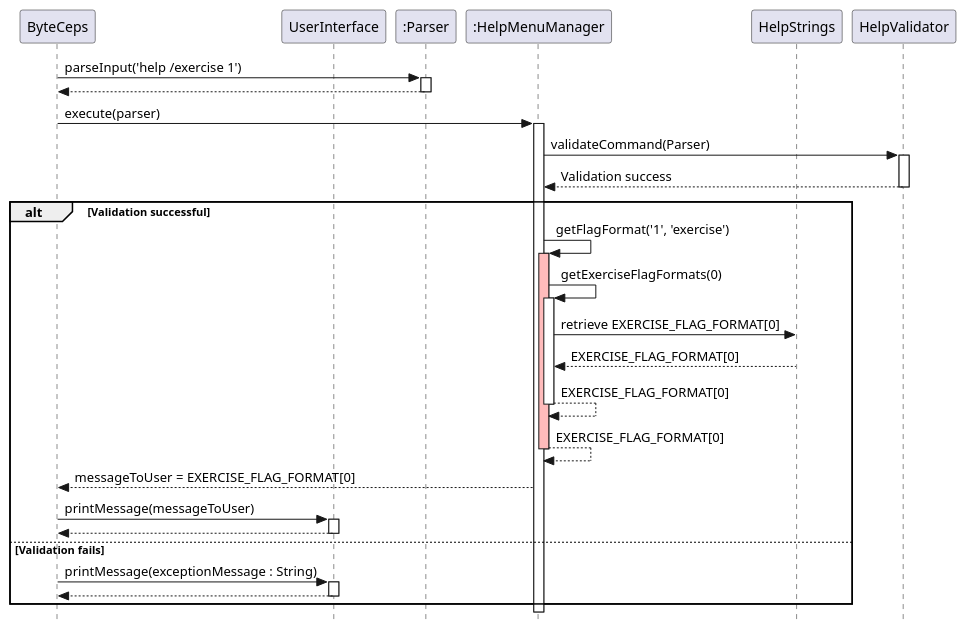
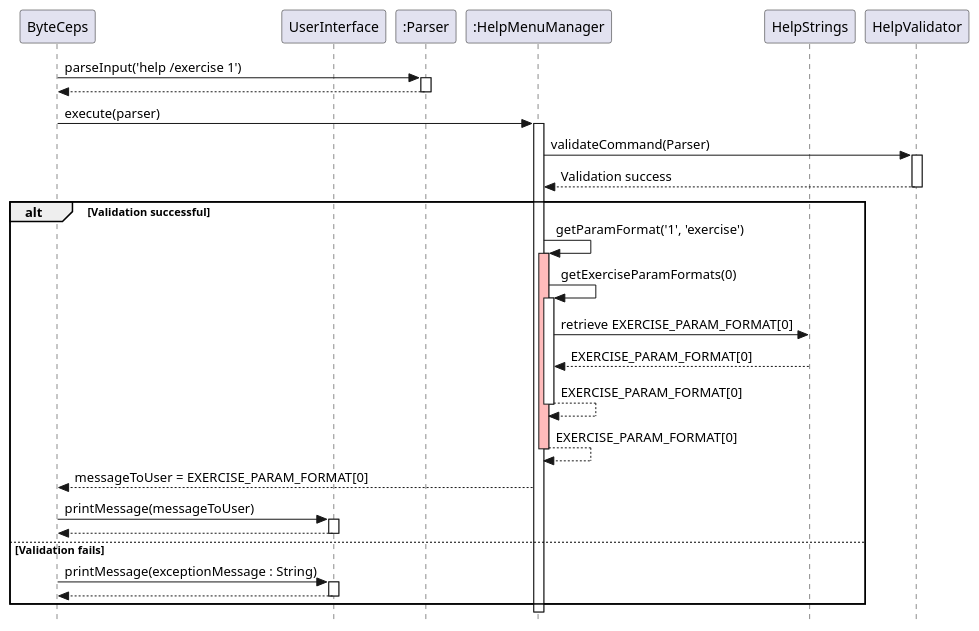
The diagram in docs/plantuml/helpMenuCommandFormat.puml (joshualeejunyi/tp), drawn with PlantUML before and after one commit. The commit also changed 5 other files, not shown here.

Commit message:
Change incorrect usage of 'flag' to parameter, update sequence diagrams

```diff
--- a/docs/plantuml/helpMenuCommandFormat.puml
+++ b/docs/plantuml/helpMenuCommandFormat.puml
@@ -1,52 +1,52 @@
 @startuml SequenceDiagram
 skinparam classAttributeIconSize 0
 skinparam style strictuml
 participant ByteCeps as User
 participant UserInterface
 participant ":Parser" as Parser
 participant ":HelpMenuManager" as HelpMenuManager
 participant HelpStrings
 participant HelpValidator as Validator
 
 
 User -> Parser : parseInput('help /exercise 1')
 activate Parser
 User <-- Parser
 deactivate Parser
 
 User -> HelpMenuManager : execute(parser)
 activate HelpMenuManager
 
 HelpMenuManager -> Validator : validateCommand(Parser)
 activate Validator
 Validator --> HelpMenuManager : Validation success
 deactivate Validator
 
 alt Validation successful
-    HelpMenuManager -> HelpMenuManager : getFlagFormat('1', 'exercise')
+    HelpMenuManager -> HelpMenuManager : getParamFormat('1', 'exercise')
     activate HelpMenuManager #FFBBBB
 
-    HelpMenuManager -> HelpMenuManager : getExerciseFlagFormats(0)
+    HelpMenuManager -> HelpMenuManager : getExerciseParamFormats(0)
     activate HelpMenuManager
-    HelpMenuManager -> HelpStrings : retrieve EXERCISE_FLAG_FORMAT[0]
-    HelpMenuManager <-- HelpStrings : EXERCISE_FLAG_FORMAT[0]
-    HelpMenuManager --> HelpMenuManager: EXERCISE_FLAG_FORMAT[0]
+    HelpMenuManager -> HelpStrings : retrieve EXERCISE_PARAM_FORMAT[0]
+    HelpMenuManager <-- HelpStrings : EXERCISE_PARAM_FORMAT[0]
+    HelpMenuManager --> HelpMenuManager: EXERCISE_PARAM_FORMAT[0]
     deactivate HelpMenuManager
-    HelpMenuManager --> HelpMenuManager : EXERCISE_FLAG_FORMAT[0]
+    HelpMenuManager --> HelpMenuManager : EXERCISE_PARAM_FORMAT[0]
     deactivate HelpMenuManager #FFBBBB
 
-    User <-- HelpMenuManager : messageToUser = EXERCISE_FLAG_FORMAT[0]
+    User <-- HelpMenuManager : messageToUser = EXERCISE_PARAM_FORMAT[0]
     User -> UserInterface: printMessage(messageToUser)
     activate UserInterface
     UserInterface --> User:
     deactivate UserInterface
 
 
 else Validation fails
     User -> UserInterface: printMessage(exceptionMessage : String)
     activate UserInterface
     UserInterface --> User:
     deactivate UserInterface
 end
 
 @enduml
```
